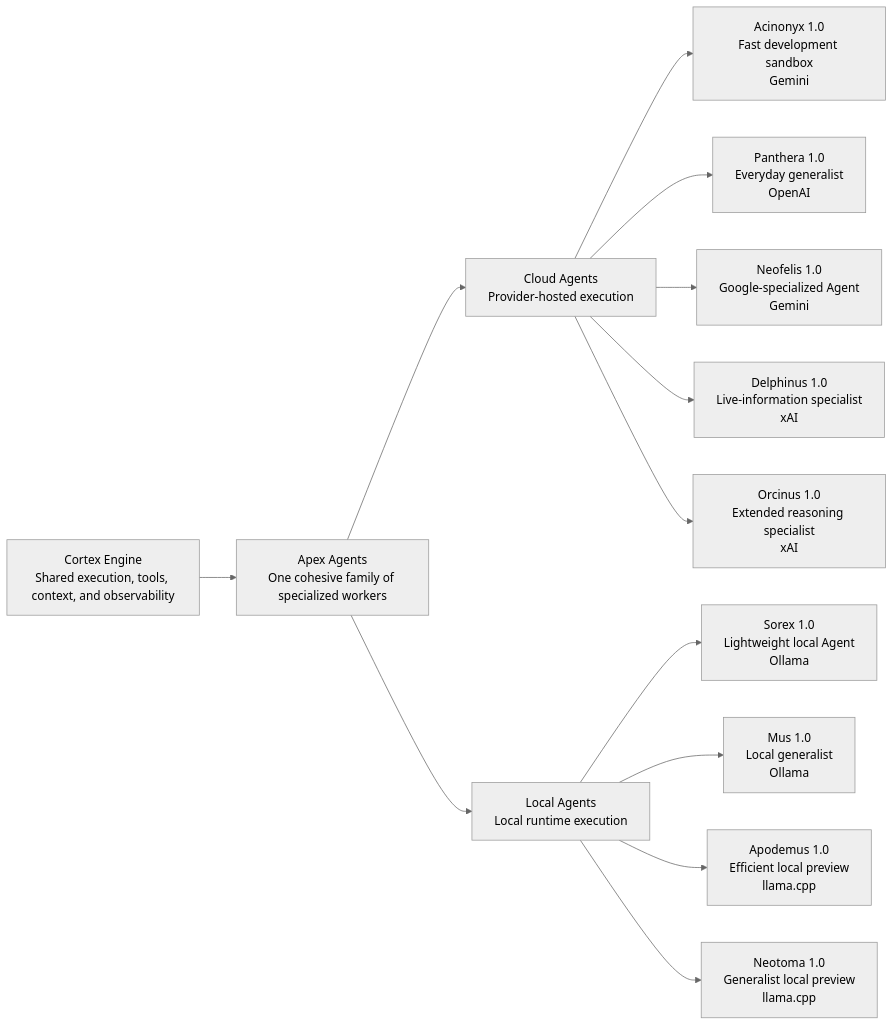
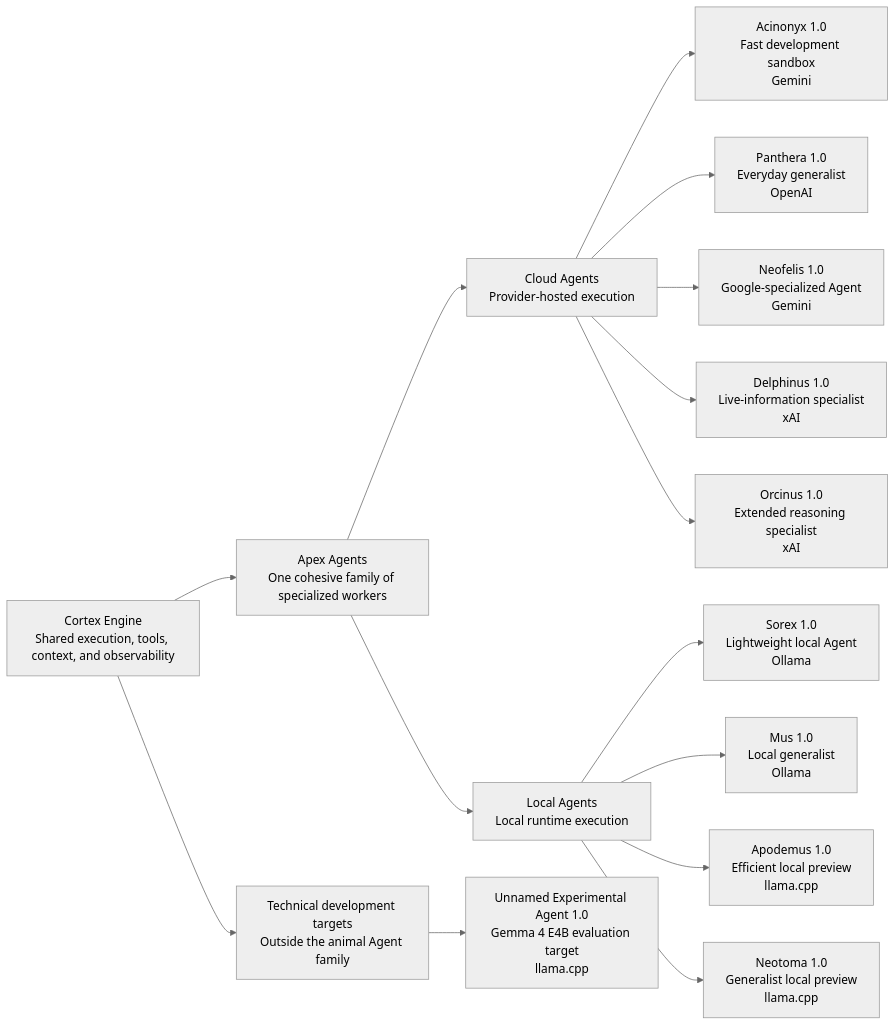
The diagram in docs/identity-and-naming.md (edumarcano/APEX), drawn with Mermaid (neutral theme) before and after one commit. The commit also changed other lines of this file and 29 other files, not shown here.

First line of the commit message:
feat: add unnamed experimental agent to local runtime

````diff
--- a/docs/identity-and-naming.md
+++ b/docs/identity-and-naming.md
@@ -134,23 +134,27 @@
 ```mermaid
 flowchart LR
     ENGINE["Cortex Engine<br/>Shared execution, tools, context, and observability"]
     FAMILY["Apex Agents<br/>One cohesive family of specialized workers"]
 
     CLOUD["Cloud Agents<br/>Provider-hosted execution"]
     LOCAL["Local Agents<br/>Local runtime execution"]
 
     ENGINE --> FAMILY
     FAMILY --> CLOUD
     FAMILY --> LOCAL
 
     CLOUD --> ACINONYX["Acinonyx 1.0<br/>Fast development sandbox<br/>Gemini"]
     CLOUD --> PANTHERA["Panthera 1.0<br/>Everyday generalist<br/>OpenAI"]
     CLOUD --> NEOFELIS["Neofelis 1.0<br/>Google-specialized Agent<br/>Gemini"]
     CLOUD --> DELPHINUS["Delphinus 1.0<br/>Live-information specialist<br/>xAI"]
     CLOUD --> ORCINUS["Orcinus 1.0<br/>Extended reasoning specialist<br/>xAI"]
 
     LOCAL --> SOREX["Sorex 1.0<br/>Lightweight local Agent<br/>Ollama"]
     LOCAL --> MUS["Mus 1.0<br/>Local generalist<br/>Ollama"]
     LOCAL --> APODEMUS["Apodemus 1.0<br/>Efficient local preview<br/>llama.cpp"]
     LOCAL --> NEOTOMA["Neotoma 1.0<br/>Generalist local preview<br/>llama.cpp"]
+
+    DEVELOPMENT["Technical development targets<br/>Outside the animal Agent family"]
+    ENGINE --> DEVELOPMENT
+    DEVELOPMENT --> EXPERIMENTAL["Unnamed Experimental Agent 1.0<br/>Gemma 4 E4B evaluation target<br/>llama.cpp"]
 ```
````
